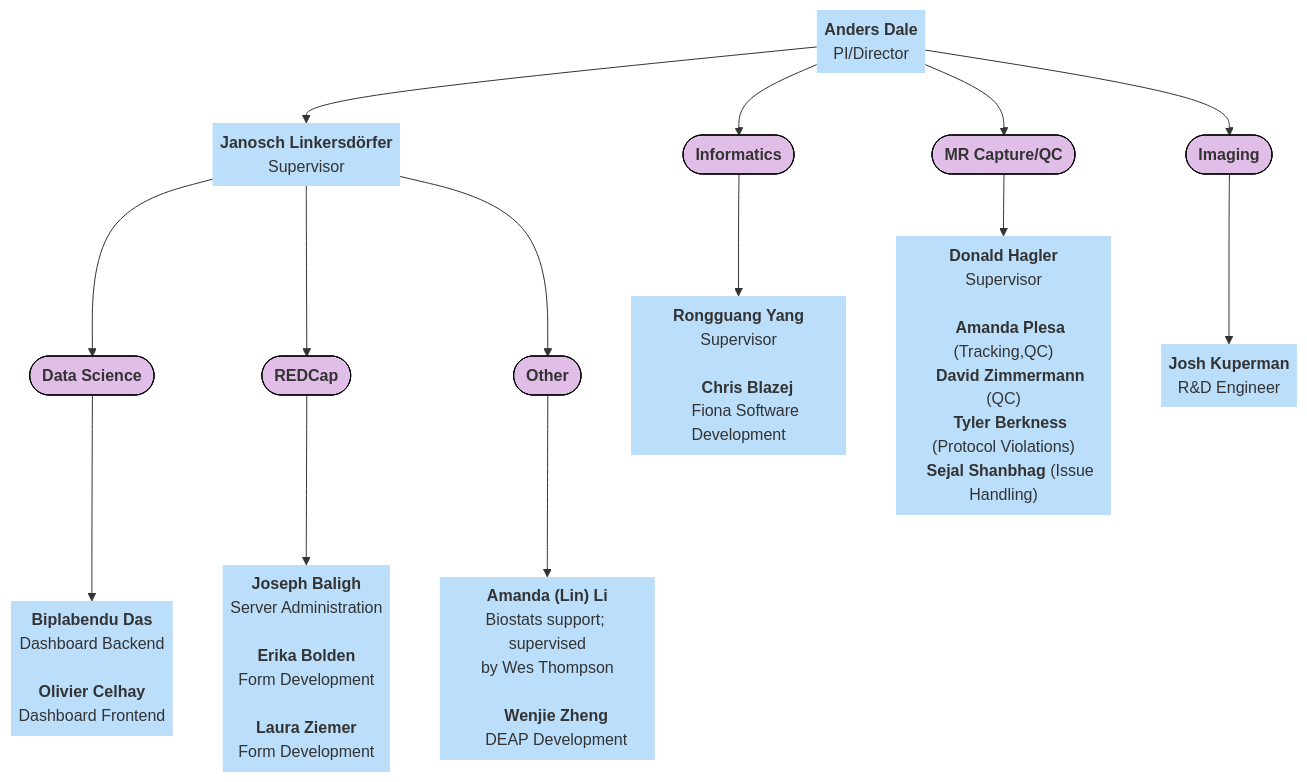
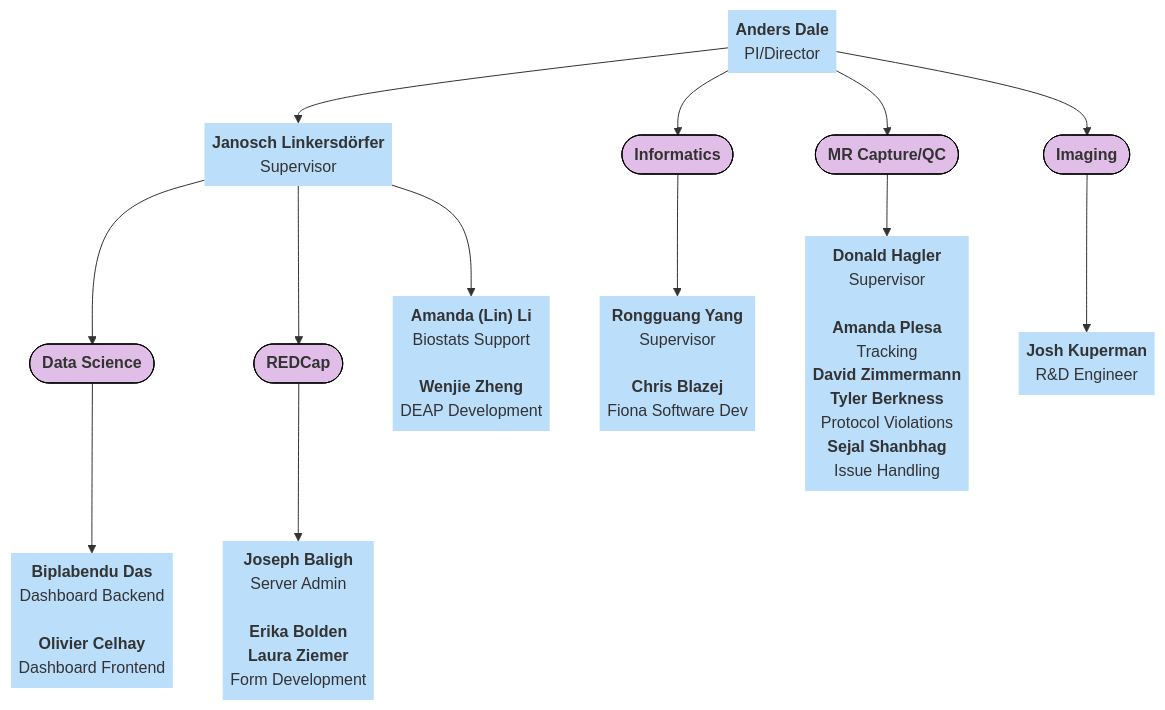
One commit to DCAN-Labs/hbcd-docs-internal changed the seventh of 10 diagrams in docs/orgcharts.md. Above: the diagram before and after it, drawn with Mermaid.

Commit message:
simplify UCSD chart

````diff
--- a/docs/orgcharts.md
+++ b/docs/orgcharts.md
@@ -421,52 +421,50 @@
 ```mermaid
 ---
 config:
   layout: dagre
 ---
 flowchart TB
     A["<b>Anders Dale</b><br>PI/Director"] --> n1(["<b>Informatics</b>"]) & n2(["<b>MR Capture/QC</b>"]) & n3(["<b>Imaging</b>"]) & n4["<b>Janosch Linkersdörfer</b><br>Supervisor"]
-    n4 --> n5(["<b>Data Science</b>"]) & n6(["<b>REDCap</b>"]) & n7(["<b>Other</b>"])
+    n4 --> n5(["<b>Data Science</b>"]) & n6(["<b>REDCap</b>"]) & n7["<b>Amanda (Lin) Li</b><br>Biostats Support<br>
+    <b>Wenjie Zheng</b><br>DEAP Development"]
     n1 --> n8["<b>Rongguang Yang</b><br>Supervisor<br>
     <b>Chris Blazej</b>
-    Fiona Software Development"]
+    Fiona Software Dev"]
     n2 --> n9["<b>Donald Hagler</b><br>Supervisor<br>
-    <b>Amanda Plesa</b> (Tracking,QC)
-    <b>David Zimmermann</b> (QC)
-    <b>Tyler Berkness</b> (Protocol Violations)
-    <b>Sejal Shanbhag</b> (Issue Handling)"]
+    <b>Amanda Plesa</b>
+    Tracking
+    <b>David Zimmermann</b>
+    <b>Tyler Berkness</b>
+    Protocol Violations
+    <b>Sejal Shanbhag</b>
+    Issue Handling"]
     n3 --> n10["<b>Josh Kuperman</b><br>R&amp;D Engineer"]
     n5 --> n11["<b>Biplabendu Das</b><br>Dashboard Backend<br>
     <b>Olivier Celhay</b>
     Dashboard Frontend"]
-    n6 --> n12["<b>Joseph Baligh</b><br>Server Administration<br>
+    n6 --> n12["<b>Joseph Baligh</b><br>Server Admin<br>
     <b>Erika Bolden</b>
-    Form Development<br>
     <b>Laura Ziemer</b>
     Form Development"]
-    n7 --> n13["<b>Amanda (Lin) Li</b><br>Biostats support; supervised
-by Wes Thompson<br>
-    <b>Wenjie Zheng</b>
-    DEAP Development"]
     A@{ shape: text}
     n4@{ shape: text}
+    n7@{ shape: text}
     n8@{ shape: text}
     n9@{ shape: text}
     n10@{ shape: text}
     n11@{ shape: text}
     n12@{ shape: text}
-    n13@{ shape: text}
     style A fill:#BBDEFB
     style n1 fill:#E1BEE7,stroke:#000000
     style n2 stroke:#000000,fill:#E1BEE7
     style n3 stroke:#000000,fill:#E1BEE7
     style n4 fill:#BBDEFB
     style n5 stroke:#000000,fill:#E1BEE7
     style n6 stroke:#000000,fill:#E1BEE7
-    style n7 stroke:#000000,fill:#E1BEE7
+    style n7 stroke:#000000,fill:#BBDEFB
     style n8 fill:#BBDEFB
     style n9 fill:#BBDEFB
     style n10 fill:#BBDEFB
     style n11 fill:#BBDEFB
     style n12 fill:#BBDEFB
-    style n13 fill:#BBDEFB
 ```
````
